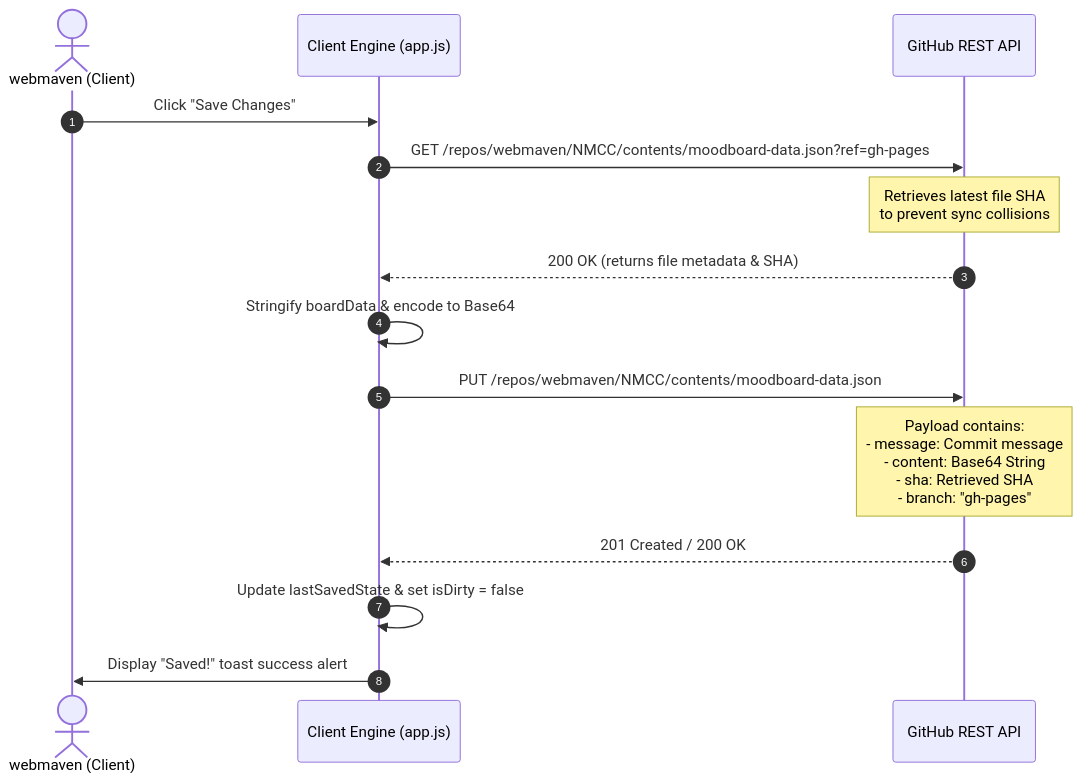
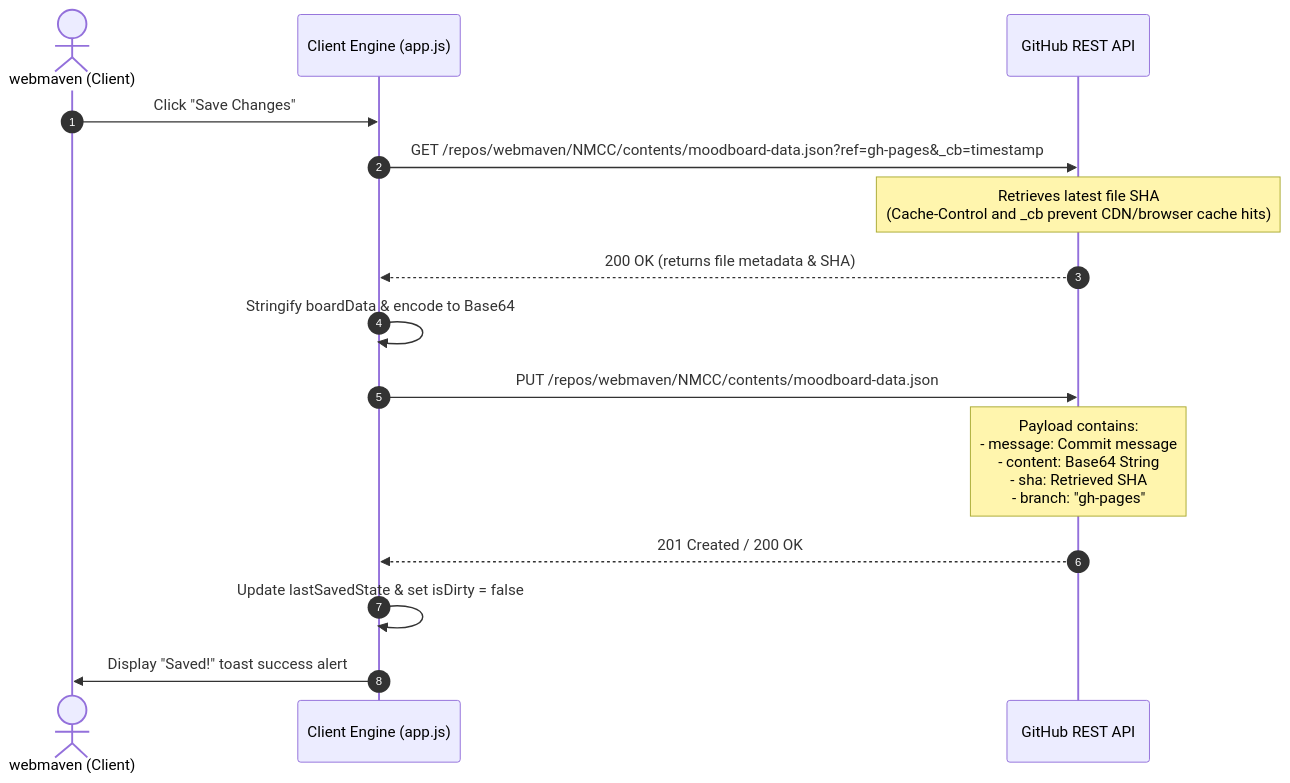
The diagram in AGENTS.md (webmaven/NMCC), drawn with Mermaid before and after one commit. The commit also changed 1 other file, not shown here.

Commit message:
fix: bypass browser and CDN cache when fetching remote file SHA on save

````diff
--- a/AGENTS.md
+++ b/AGENTS.md
@@ -112,20 +112,20 @@
 ```mermaid
 sequenceDiagram
   autonumber
   actor User as webmaven (Client)
   participant App as Client Engine (app.js)
   participant GH as GitHub REST API
 
   User->>App: Click "Save Changes"
-  App->>GH: GET /repos/webmaven/NMCC/contents/moodboard-data.json?ref=gh-pages
-  Note over GH: Retrieves latest file SHA<br/>to prevent sync collisions
+  App->>GH: GET /repos/webmaven/NMCC/contents/moodboard-data.json?ref=gh-pages&_cb=timestamp
+  Note over GH: Retrieves latest file SHA<br/>(Cache-Control and _cb prevent CDN/browser cache hits)
   GH-->>App: 200 OK (returns file metadata & SHA)
   
   App->>App: Stringify boardData & encode to Base64
   
   App->>GH: PUT /repos/webmaven/NMCC/contents/moodboard-data.json
   Note over GH: Payload contains:<br/>- message: Commit message<br/>- content: Base64 String<br/>- sha: Retrieved SHA<br/>- branch: "gh-pages"
   GH-->>App: 201 Created / 200 OK
   App->>App: Update lastSavedState & set isDirty = false
   App->>User: Display "Saved!" toast success alert
 ```
````
